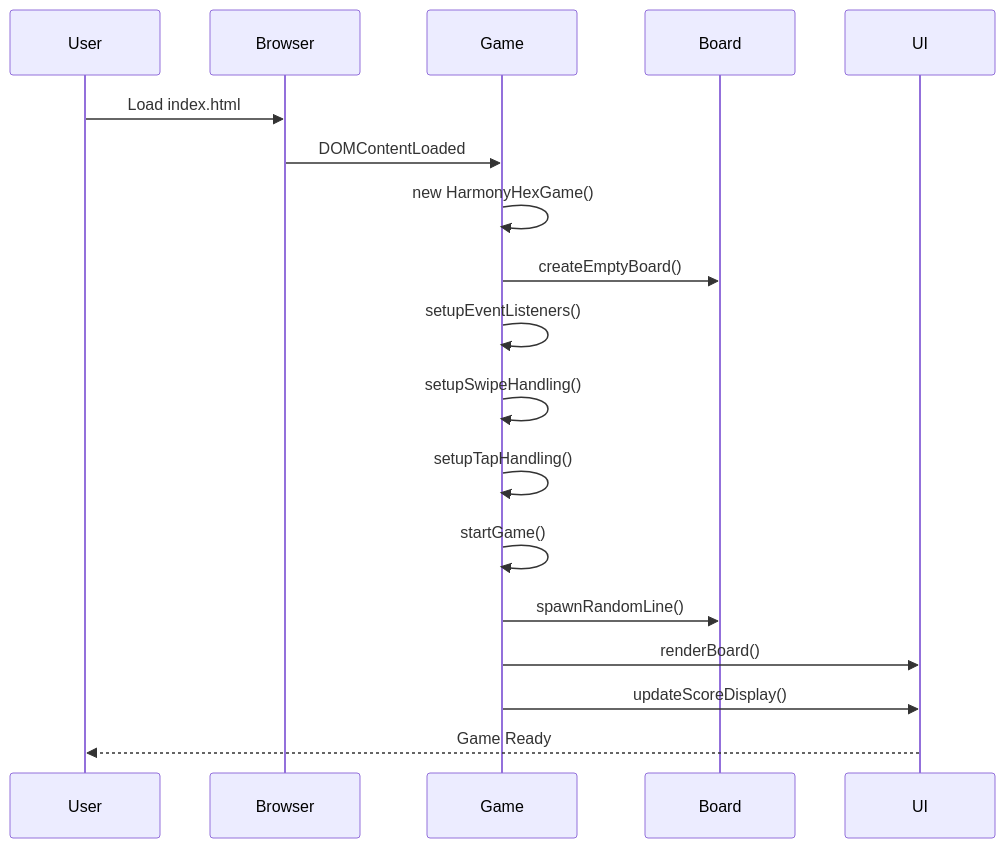
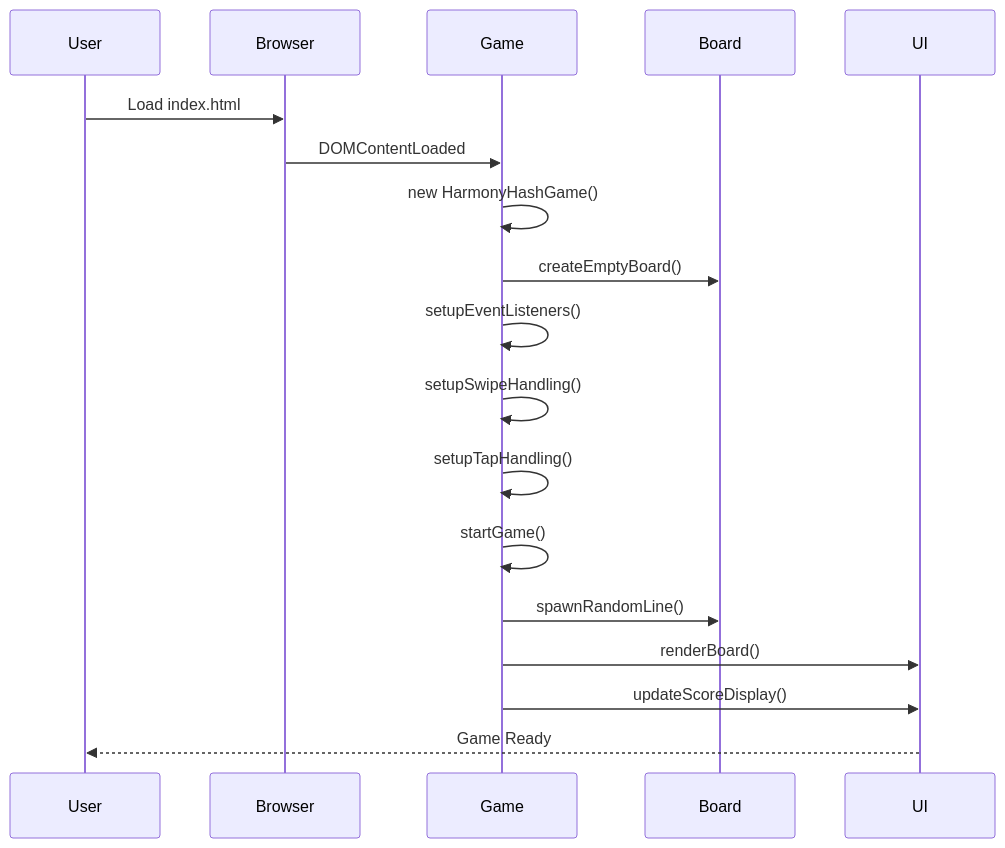
The third of 20 diagrams in diagram.md (alemigav/harmony-hash-game), drawn with Mermaid before and after one commit. The commit also changed other lines of this file, not shown here.

Commit message:
Rename Harmony Hex to Harmony Hash in documentation

````diff
--- a/diagram.md
+++ b/diagram.md
@@ -75,21 +75,21 @@
 ```mermaid
 sequenceDiagram
     participant User
     participant Browser
     participant Game
     participant Board
     participant UI
     
     User->>Browser: Load index.html
     Browser->>Game: DOMContentLoaded
-    Game->>Game: new HarmonyHexGame()
+    Game->>Game: new HarmonyHashGame()
     Game->>Board: createEmptyBoard()
     Game->>Game: setupEventListeners()
     Game->>Game: setupSwipeHandling()
     Game->>Game: setupTapHandling()
     Game->>Game: startGame()
     Game->>Board: spawnRandomLine()
     Game->>UI: renderBoard()
     Game->>UI: updateScoreDisplay()
     UI-->>User: Game Ready
 ```
````
